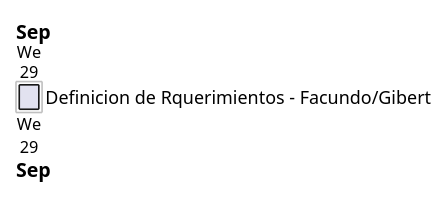
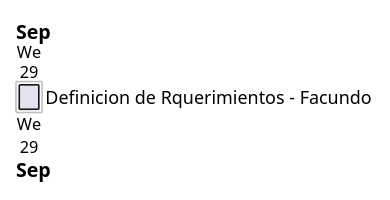
Before and after one commit to facund015/codeRelatedObsidianNotes: the diagram in Diagramas.md, drawn with PlantUML. The commit also changed 1 other file, not shown here.

Commit message:
vault backup: 2021-09-29 12:26:41

````diff
--- a/Diagramas.md
+++ b/Diagramas.md
@@ -1,14 +1,14 @@
 ```plantuml
 
 @startgantt
 Project starts 2021-09-29
 
-[Definicion de Rquerimientos - Facundo/Gibert] lasts 1 day and starts 2021-09-29
+[Definicion de Rquerimientos - Facundo] lasts 1 day and starts 2021-09-29
 
 
 
 @endgantt
 
 
 
 ```
````
